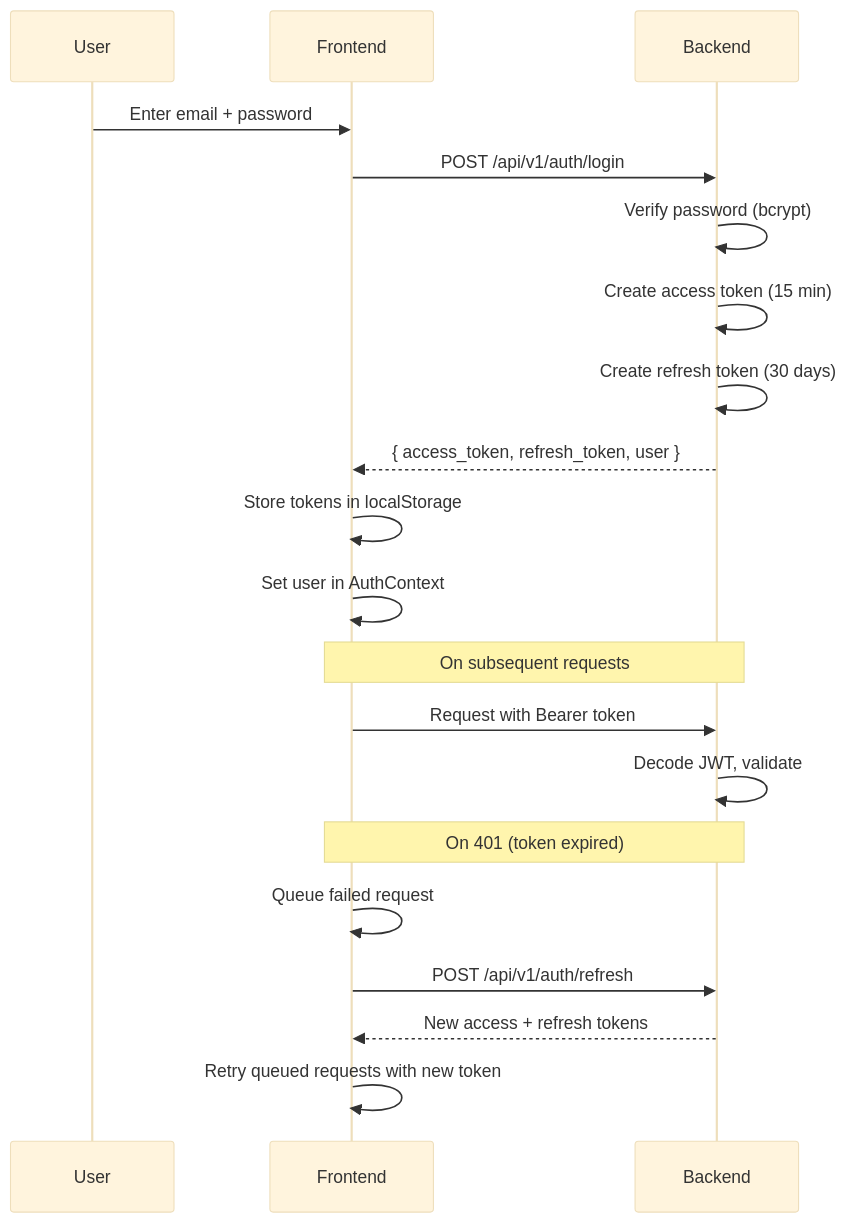
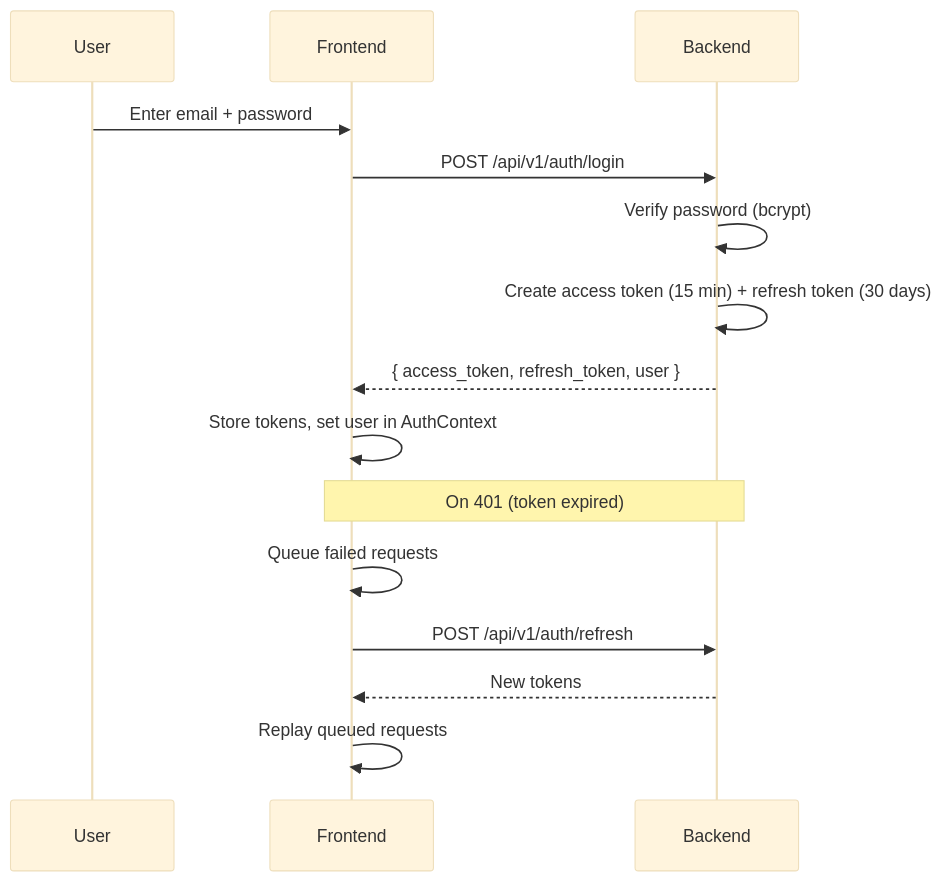
The sixth of 8 diagrams in README.md (Mukassir-Ahmed-Farooqui/quick-dataset), drawn with Mermaid (base theme) before and after one commit. The commit also changed other lines of this file, not shown here.

Commit message:
docs(readme): update architecture, pipeline, status, folder structure, env vars, API and tests (#7)

````diff
--- a/README.md
+++ b/README.md
@@ -378,25 +468,19 @@
 ```mermaid
 sequenceDiagram
     participant U as User
     participant F as Frontend
     participant B as Backend
 
     U->>F: Enter email + password
     F->>B: POST /api/v1/auth/login
     B->>B: Verify password (bcrypt)
-    B->>B: Create access token (15 min)
-    B->>B: Create refresh token (30 days)
+    B->>B: Create access token (15 min) + refresh token (30 days)
     B-->>F: { access_token, refresh_token, user }
-    F->>F: Store tokens in localStorage
-    F->>F: Set user in AuthContext
-
-    Note over F,B: On subsequent requests
-    F->>B: Request with Bearer token
-    B->>B: Decode JWT, validate
+    F->>F: Store tokens, set user in AuthContext
 
     Note over F,B: On 401 (token expired)
-    F->>F: Queue failed request
+    F->>F: Queue failed requests
     F->>B: POST /api/v1/auth/refresh
-    B-->>F: New access + refresh tokens
-    F->>F: Retry queued requests with new token
+    B-->>F: New tokens
+    F->>F: Replay queued requests
 ```
````
